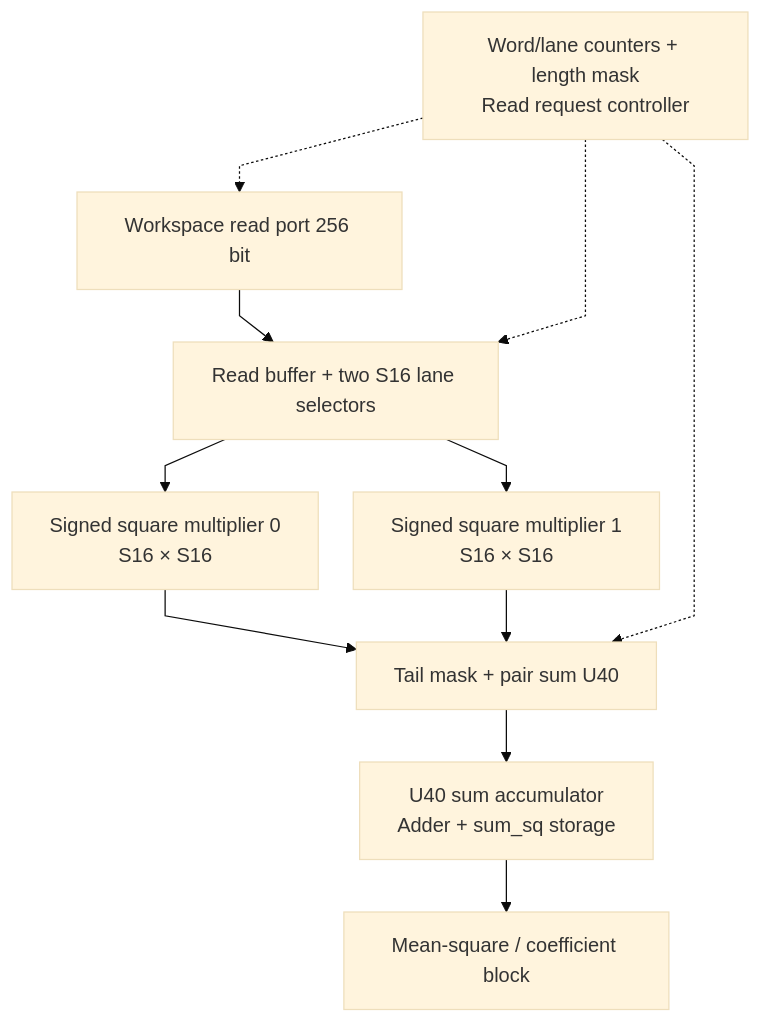
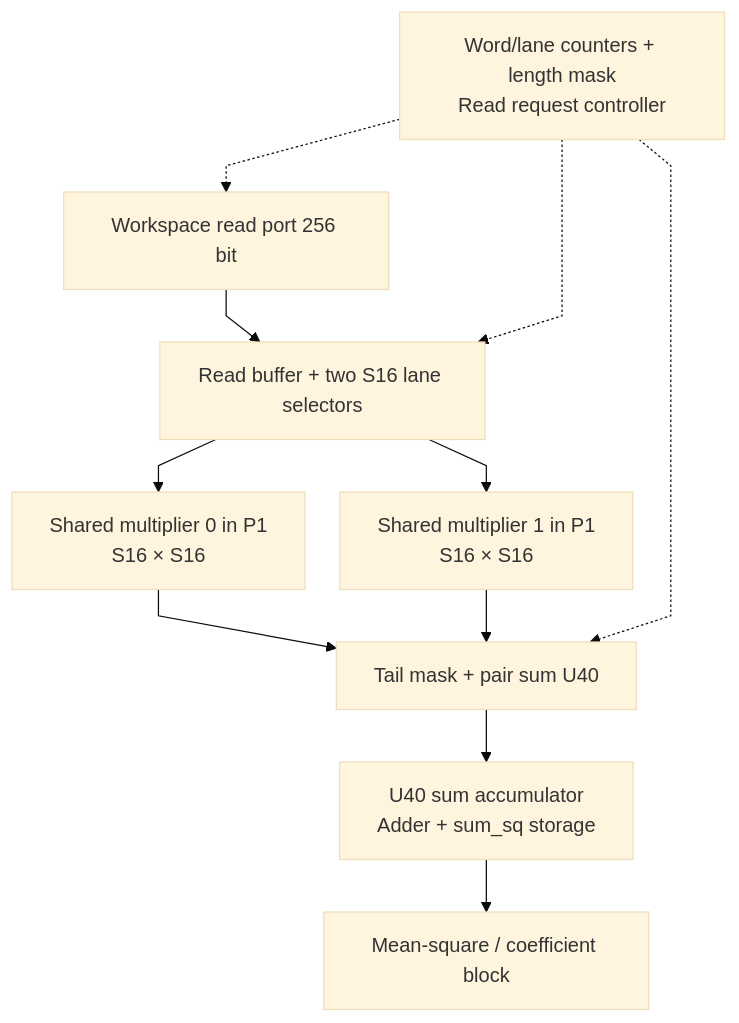
Before and after one commit to nguyennhutkhanhtom/NPU: the third of 5 diagrams in docs/source_guide/blocks/norm.sv.md, drawn with Mermaid (base theme). The commit also changed other lines of this file and 123 other files, not shown here.

````diff
--- a/docs/source_guide/blocks/norm.sv.md
+++ b/docs/source_guide/blocks/norm.sv.md
@@ -636,14 +690,14 @@
 ```mermaid
 flowchart TB
 %%{init: {"flowchart": {"subGraphTitleMargin": {"top": 8, "bottom": 20}, "nodeSpacing": 28, "rankSpacing": 42, "curve": "linear"}}}%%
     WS["Workspace read port 256 bit"] --> BUF["Read buffer + two S16 lane selectors"]
     CTRL["Word/lane counters + length mask<br/>Read request controller"] -.-> WS
     CTRL -.-> BUF
-    BUF --> SQ0["Signed square multiplier 0<br/>S16 × S16"]
-    BUF --> SQ1["Signed square multiplier 1<br/>S16 × S16"]
+    BUF --> SQ0["Shared multiplier 0 in P1<br/>S16 × S16"]
+    BUF --> SQ1["Shared multiplier 1 in P1<br/>S16 × S16"]
     SQ0 --> MASK["Tail mask + pair sum U40"]
     SQ1 --> MASK
     CTRL -.-> MASK
     MASK --> ACC["U40 sum accumulator<br/>Adder + sum_sq storage"]
     ACC --> COEF["Mean-square / coefficient block"]
 ```
````
